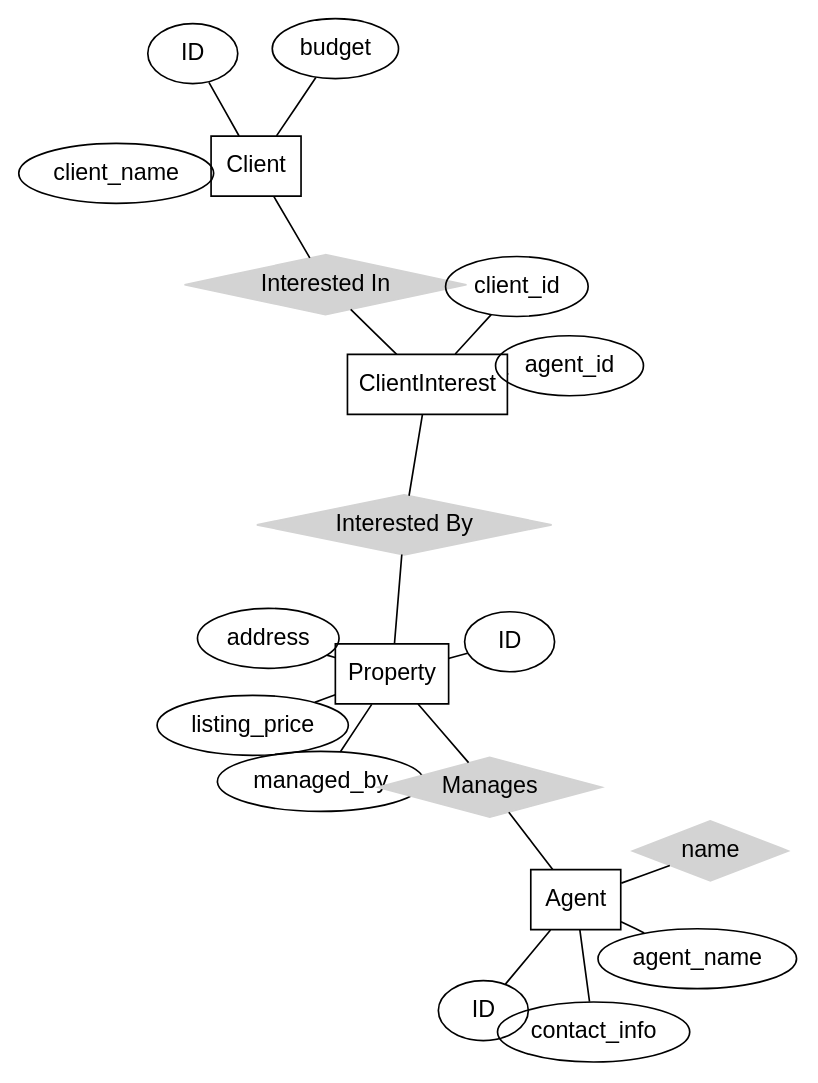
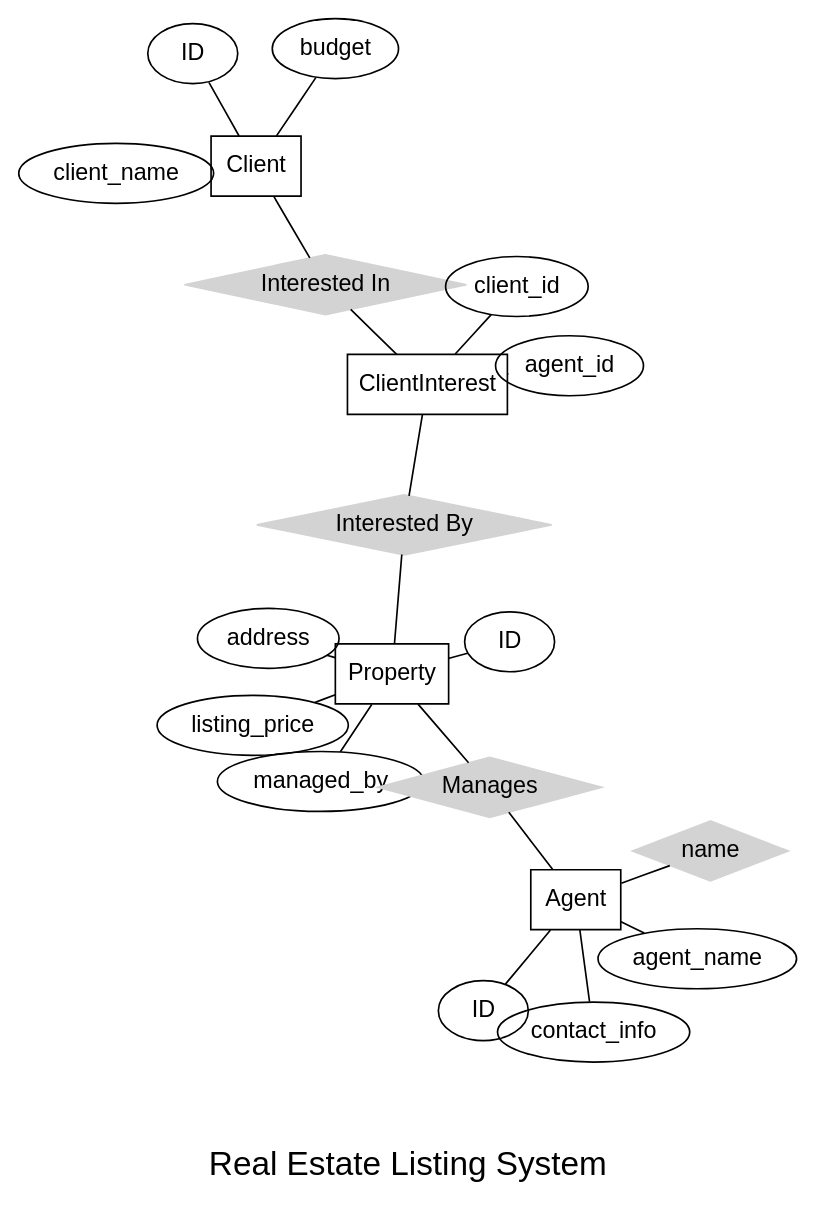
Before and after one commit to watsonkh/CMSC608-Homework: the sixth of 6 diagrams in Homework2/report.qmd, drawn with Graphviz. The commit also changed other lines of this file and 2 other files, not shown here.

````diff
--- a/Homework2/report.qmd
+++ b/Homework2/report.qmd
@@ -186,39 +188,42 @@
 ```{dot}
 graph ER {
 	fontname="Helvetica,Arial,sans-serif"
 	node [fontname="Helvetica,Arial,sans-serif"]
 	edge [fontname="Helvetica,Arial,sans-serif"]
 	layout=neato
 	node [shape=box]; Property; Agent; Client; ClientInterest;
 	node [shape=ellipse]; {node [label="ID"] property_id; pk_client_id; pk_agent_id;}
 		agent_name; client_name; contact_info; listing_price; address; budget; agent_id; client_id; managed_by;
 	node [shape=diamond,style=filled,color=lightgrey]; "Manages"; "Interested In"; "Interested By";
 
     Agent -- pk_agent_id;
     Agent -- name;
     Agent -- contact_info;
     Agent -- agent_name;
 
     Client -- pk_client_id;
     Client -- client_name;
     Client -- budget;
 
     ClientInterest -- client_id;
     ClientInterest -- agent_id;
 
     Property -- property_id;
     Property -- address;
     Property -- listing_price;
     Property -- managed_by;
 
 
     Agent -- "Manages";
     "Manages" -- Property;
     
     Property -- "Interested By";
     "Interested By" -- ClientInterest;
 
     Client -- "Interested In";
     "Interested In" -- ClientInterest;
+
+    label = "\n\nReal Estate Listing System";
+	fontsize=20;
 }
 ```
````
